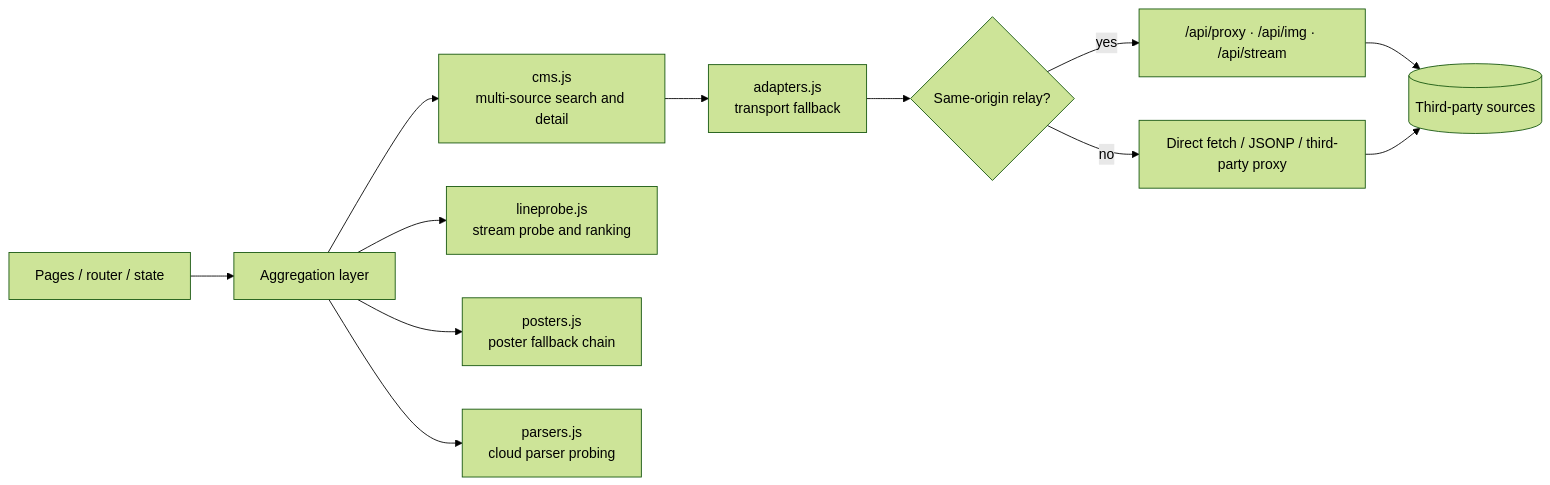
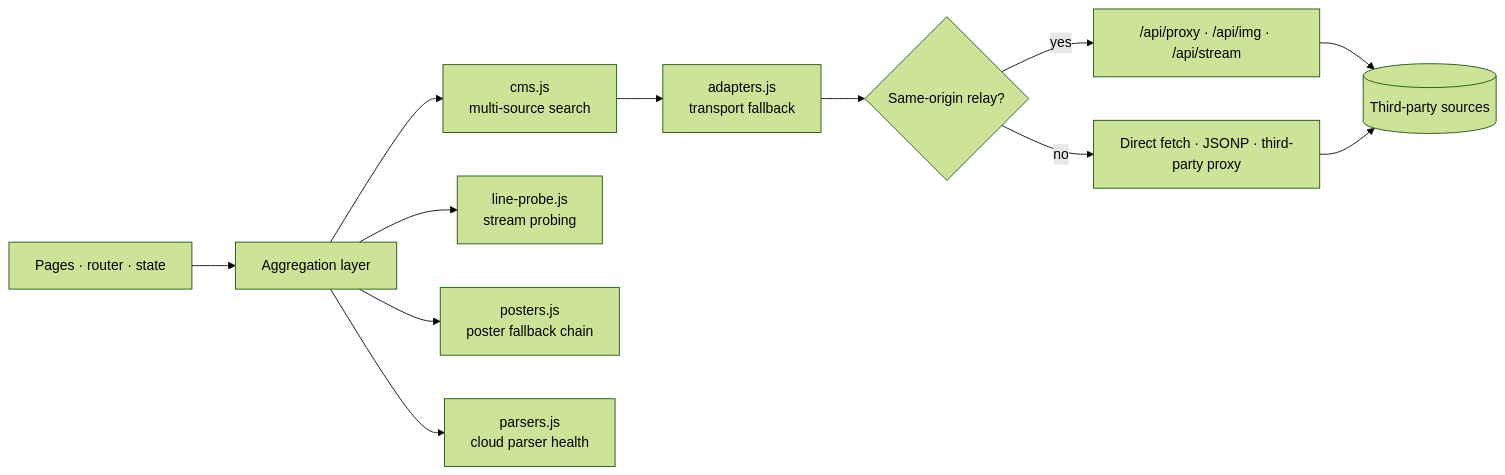
One commit to creatememori/zhiyinglu-tv changed the diagram in README.md. Above: the diagram before and after it, drawn with Mermaid (forest theme). The commit also changed other lines of this file and 51 other files, not shown here.

````diff
--- a/README.md
+++ b/README.md
@@ -176,14 +191,14 @@
 ```mermaid
 flowchart LR
-  A[Pages / router / state] --> B[Aggregation layer]
-  B --> C[cms.js<br/>multi-source search and detail]
-  B --> D[lineprobe.js<br/>stream probe and ranking]
+  A[Pages · router · state] --> B[Aggregation layer]
+  B --> C[cms.js<br/>multi-source search]
+  B --> D[line-probe.js<br/>stream probing]
   B --> E[posters.js<br/>poster fallback chain]
-  B --> F[parsers.js<br/>cloud parser probing]
+  B --> F[parsers.js<br/>cloud parser health]
   C --> G[adapters.js<br/>transport fallback]
   G --> H{Same-origin relay?}
   H -- yes --> I["/api/proxy · /api/img · /api/stream"]
-  H -- no --> J[Direct fetch / JSONP / third-party proxy]
+  H -- no --> J[Direct fetch · JSONP · third-party proxy]
   I --> K[(Third-party sources)]
   J --> K
 ```
````
